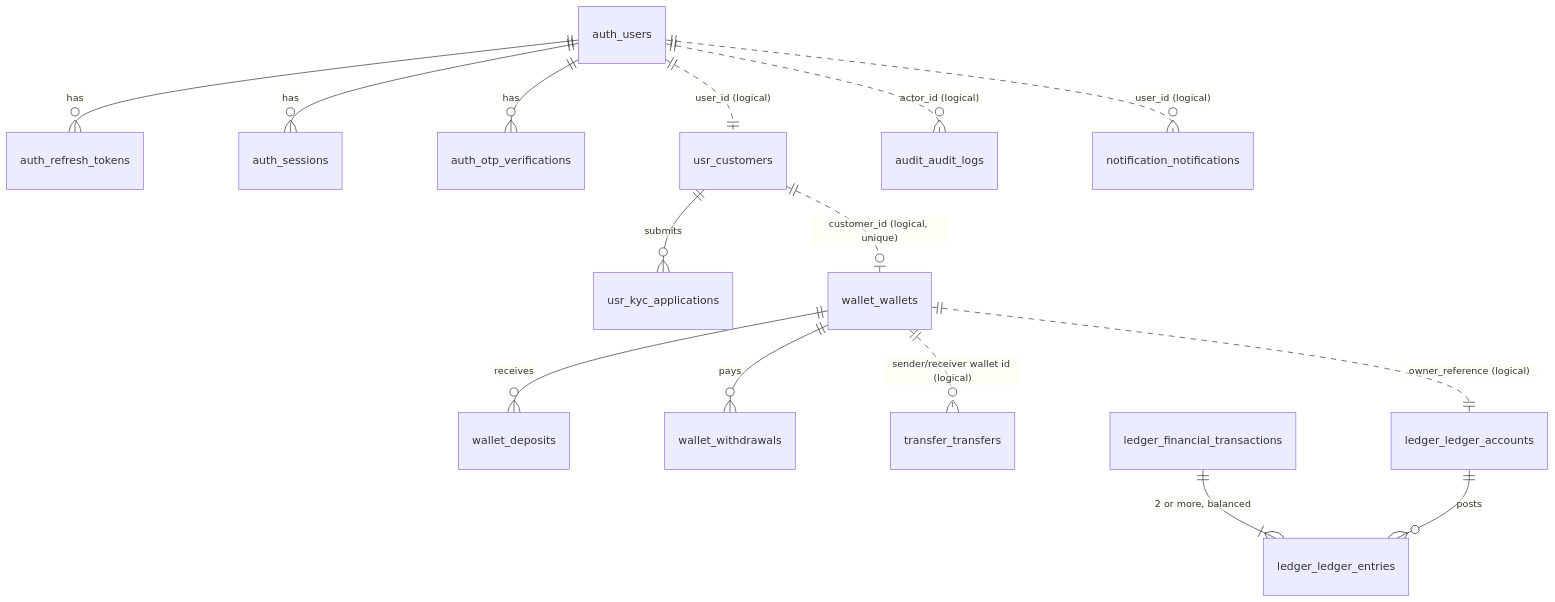
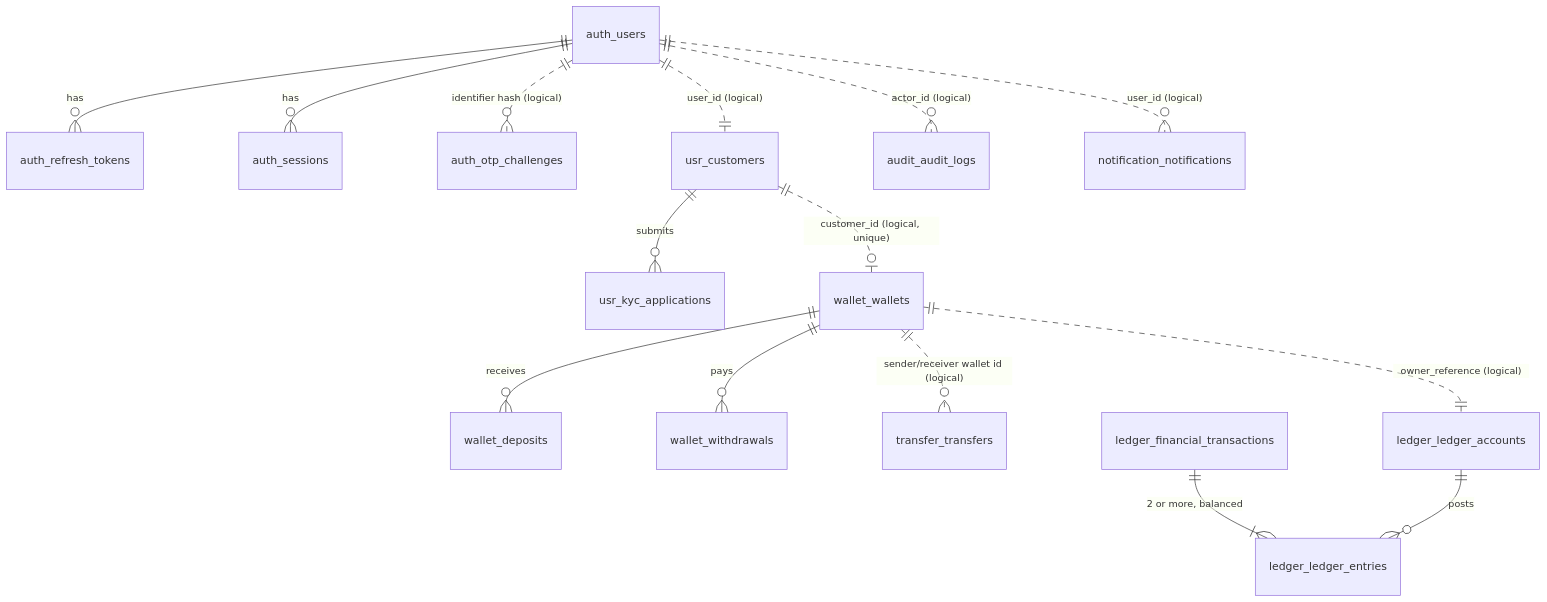
Before and after one commit to KSTKaung/Digital-Wallet-Platform: the diagram in documentations/07. DatabaseRequirements.md, drawn with Mermaid. The commit also changed other lines of this file and 172 other files, not shown here.

````diff
--- a/documentations/07. DatabaseRequirements.md
+++ b/documentations/07. DatabaseRequirements.md
@@ -78,17 +81,17 @@
 ```mermaid
 erDiagram
   auth_users ||--o{ auth_refresh_tokens : has
   auth_users ||--o{ auth_sessions : has
-  auth_users ||--o{ auth_otp_verifications : has
+  auth_users ||..o{ auth_otp_challenges : "identifier hash (logical)"
   auth_users ||..|| usr_customers : "user_id (logical)"
   usr_customers ||--o{ usr_kyc_applications : submits
   usr_customers ||..o| wallet_wallets : "customer_id (logical, unique)"
   wallet_wallets ||--o{ wallet_deposits : receives
   wallet_wallets ||--o{ wallet_withdrawals : pays
   wallet_wallets ||..o{ transfer_transfers : "sender/receiver wallet id (logical)"
   wallet_wallets ||..|| ledger_ledger_accounts : "owner_reference (logical)"
   ledger_financial_transactions ||--|{ ledger_ledger_entries : "2 or more, balanced"
   ledger_ledger_accounts ||--o{ ledger_ledger_entries : posts
   auth_users ||..o{ audit_audit_logs : "actor_id (logical)"
   auth_users ||..o{ notification_notifications : "user_id (logical)"
 ```
````
